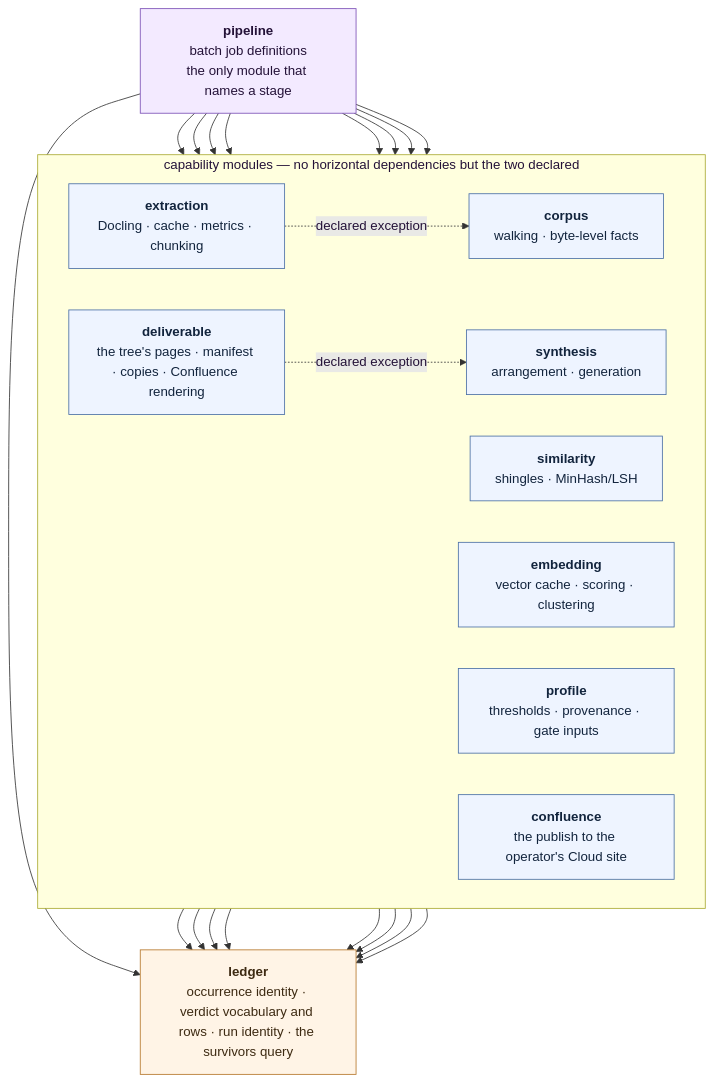
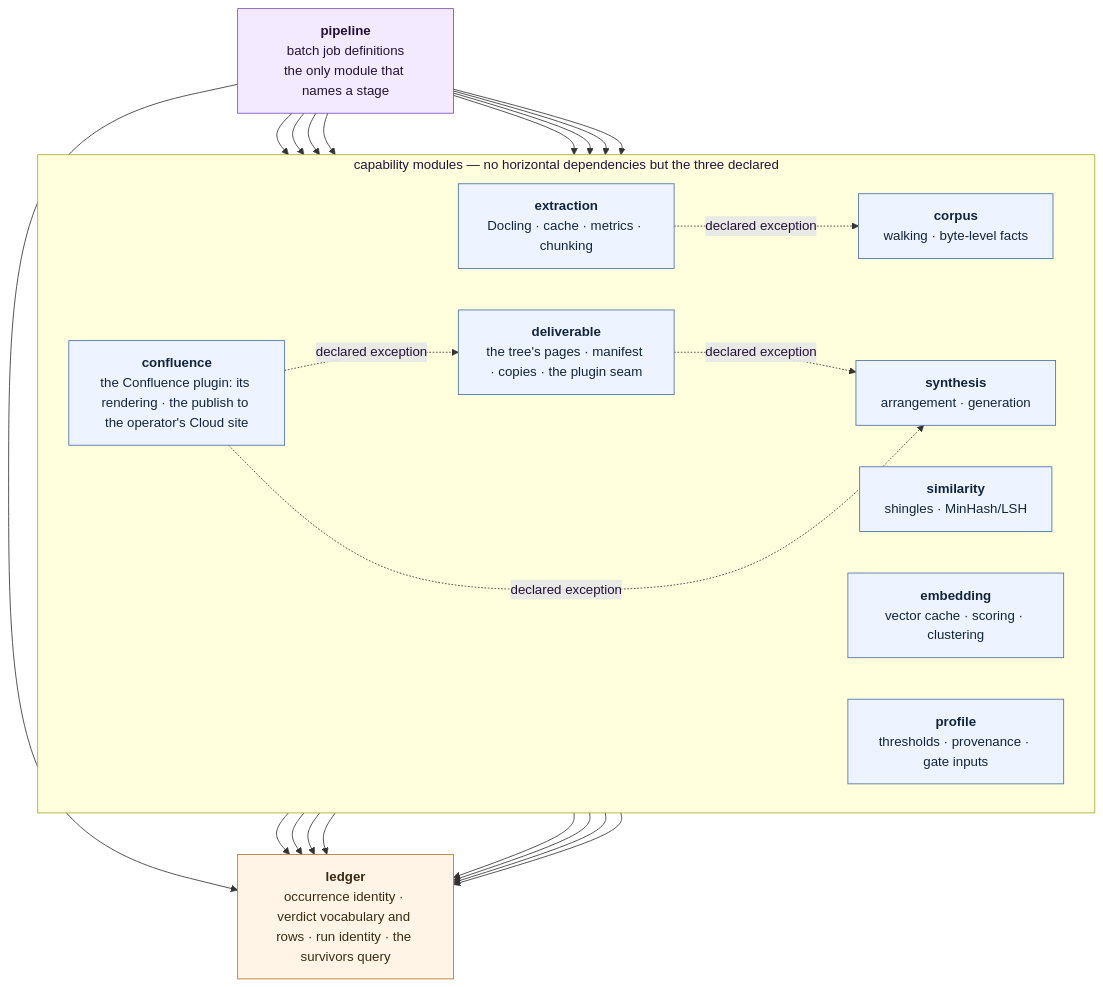
The fourth of 6 diagrams in docs/architecture.md (algernon28/vespera), drawn with Mermaid before and after one commit. The commit also changed other lines of this file and 70 other files, not shown here.

First line of the commit message:
The plugin seam: Confluence becomes a plugin in its own module, and a plugin's failed drawing stops that plugin alone (ADR-333 step 1, ADR-338) (#699)

````diff
--- a/docs/architecture.md
+++ b/docs/architecture.md
@@ -190,46 +190,48 @@
 ```mermaid
 flowchart TD
     PIPELINE["<b>pipeline</b><br/>batch job definitions<br/>the only module that names a stage"]
 
-    subgraph CAPABILITIES["capability modules — no horizontal dependencies but the two declared"]
+    subgraph CAPABILITIES["capability modules — no horizontal dependencies but the three declared"]
         direction LR
         CORPUS["<b>corpus</b><br/>walking · byte-level facts"]
         EXTRACTION["<b>extraction</b><br/>Docling · cache · metrics · chunking"]
         SIMILARITY["<b>similarity</b><br/>shingles · MinHash/LSH"]
         EMBEDDING["<b>embedding</b><br/>vector cache · scoring · clustering"]
         SYNTHESIS["<b>synthesis</b><br/>arrangement · generation"]
         PROFILE["<b>profile</b><br/>thresholds · provenance · gate inputs"]
-        DELIVERABLE["<b>deliverable</b><br/>the tree's pages · manifest · copies · Confluence rendering"]
-        CONFLUENCE["<b>confluence</b><br/>the publish to the operator's Cloud site"]
+        DELIVERABLE["<b>deliverable</b><br/>the tree's pages · manifest · copies · the plugin seam"]
+        CONFLUENCE["<b>confluence</b><br/>the Confluence plugin: its rendering · the publish to the operator's Cloud site"]
     end
 
     LEDGER["<b>ledger</b><br/>occurrence identity · verdict vocabulary and rows · run identity · the survivors query"]
 
     PIPELINE --> CORPUS
     PIPELINE --> EXTRACTION
     PIPELINE --> SIMILARITY
     PIPELINE --> EMBEDDING
     PIPELINE --> SYNTHESIS
     PIPELINE --> PROFILE
     PIPELINE --> DELIVERABLE
     PIPELINE --> CONFLUENCE
     PIPELINE --> LEDGER
 
     CORPUS --> LEDGER
     EXTRACTION --> LEDGER
     SIMILARITY --> LEDGER
     EMBEDDING --> LEDGER
     SYNTHESIS --> LEDGER
     PROFILE --> LEDGER
     DELIVERABLE --> LEDGER
     CONFLUENCE --> LEDGER
     DELIVERABLE -. declared exception .-> SYNTHESIS
+    CONFLUENCE -. declared exception .-> DELIVERABLE
+    CONFLUENCE -. declared exception .-> SYNTHESIS
     EXTRACTION -. declared exception .-> CORPUS
 
     classDef root fill:#f3eaff,stroke:#7a4fb5,color:#241238
     classDef cap fill:#eef4ff,stroke:#4a6fa5,color:#12243d
     classDef core fill:#fff4e6,stroke:#b5762a,color:#3d2a12
     class PIPELINE root
     class CORPUS,EXTRACTION,SIMILARITY,EMBEDDING,SYNTHESIS,PROFILE,DELIVERABLE,CONFLUENCE cap
     class LEDGER core
 ```
````
